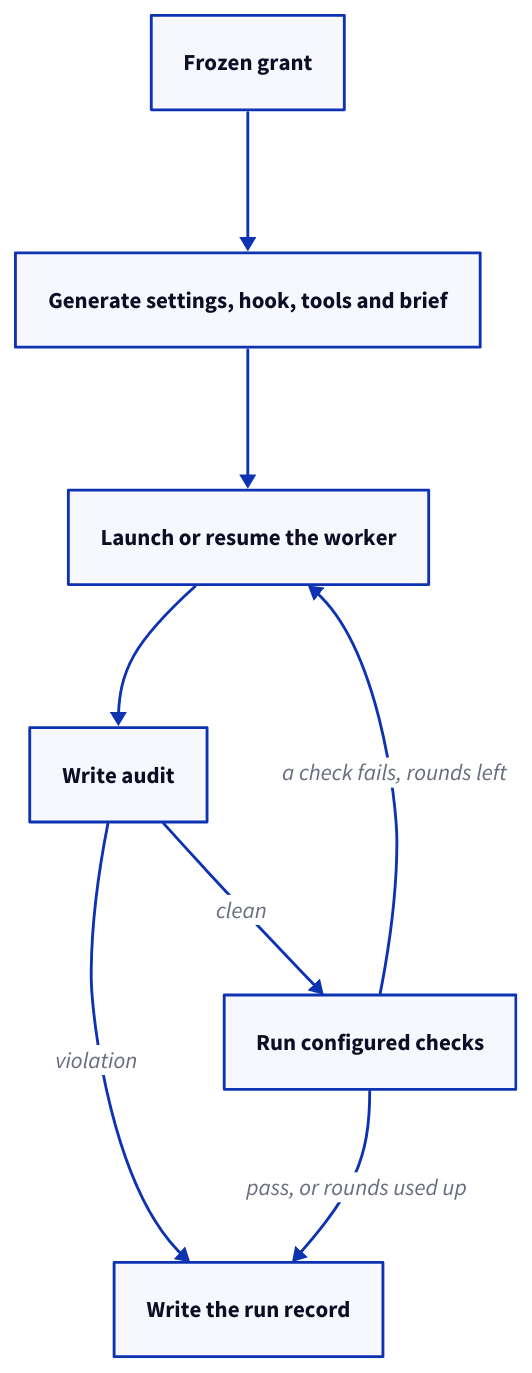
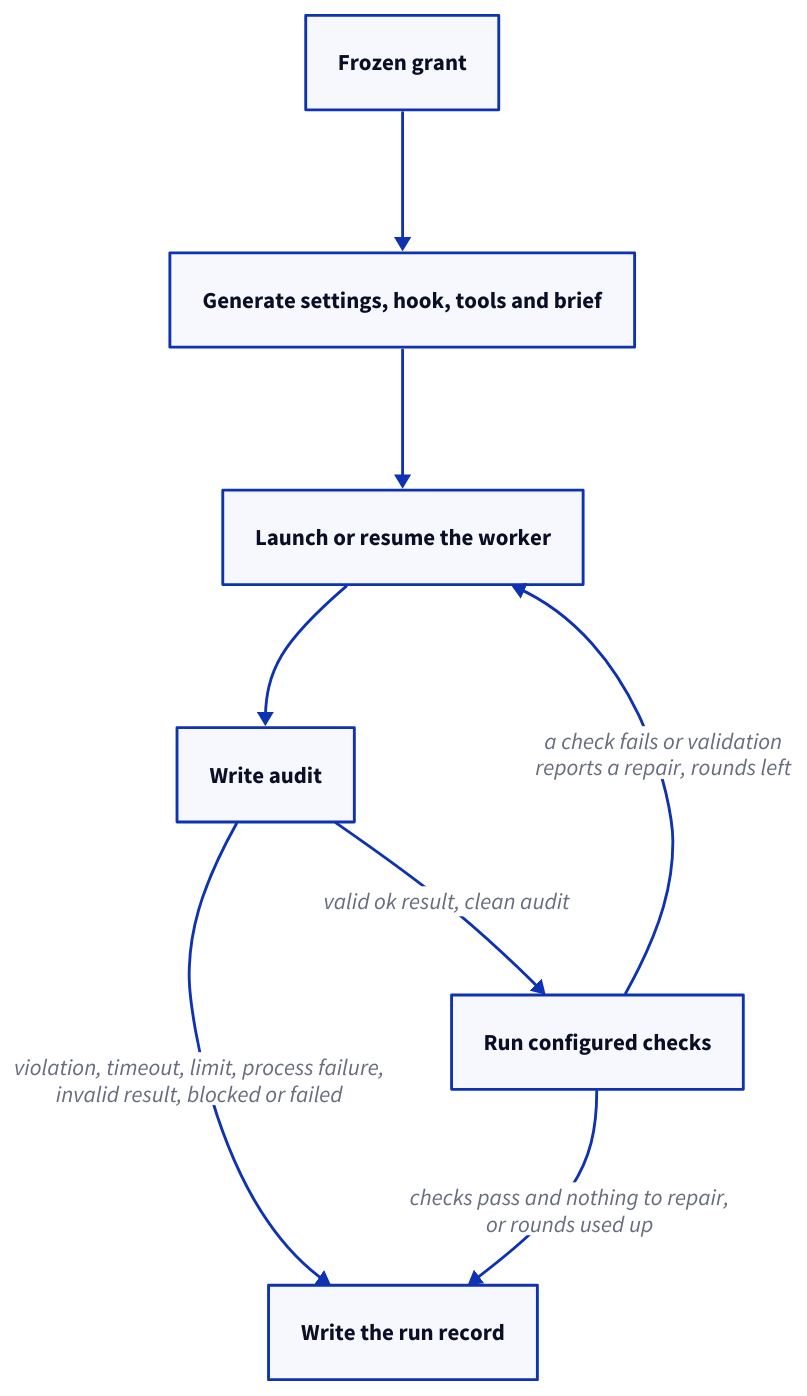
The second of 5 diagrams in specs/concorde/execution/workers/module.md (FTOD/concorde), drawn with D2 before and after one commit. The commit also changed other lines of this file and 12 other files, not shown here.

````diff
--- a/specs/concorde/execution/workers/module.md
+++ b/specs/concorde/execution/workers/module.md
@@ -278,13 +201,13 @@
 ```d2 illustrative
 grant: Frozen grant
 generate: Generate settings, hook, tools and brief
 launch: Launch or resume the worker
 audit: Write audit
 record: Write the run record
 checks: Run configured checks
 grant -> generate -> launch -> audit
-audit -> record: violation
-audit -> checks: clean
-checks -> launch: a check fails, rounds left
-checks -> record: pass, or rounds used up
+audit -> record: "violation, timeout, limit, process failure,\ninvalid result, blocked or failed"
+audit -> checks: "valid ok result, clean audit"
+checks -> launch: "a check fails or validation\nreports a repair, rounds left"
+checks -> record: "checks pass and nothing to repair,\nor rounds used up"
 ```
````
